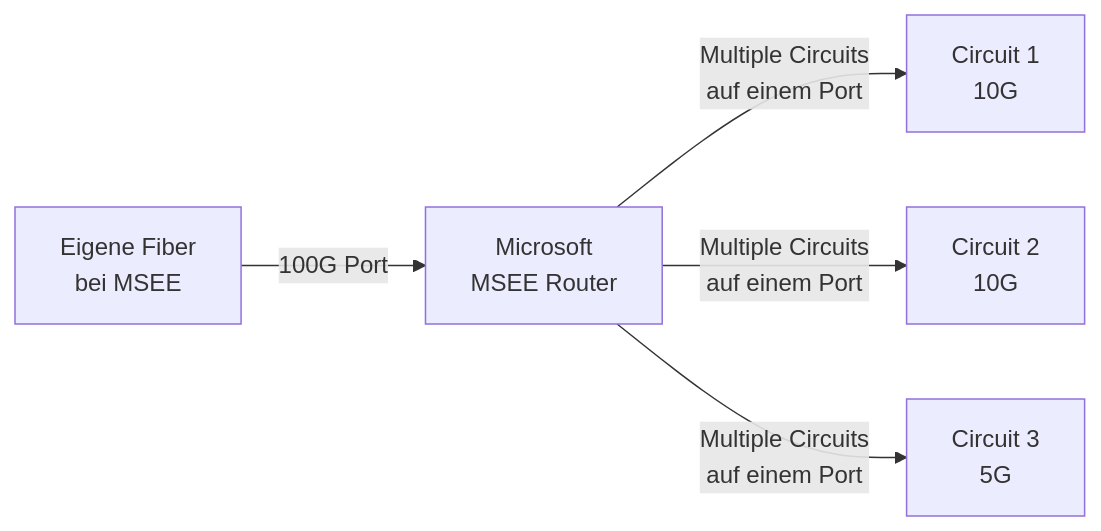
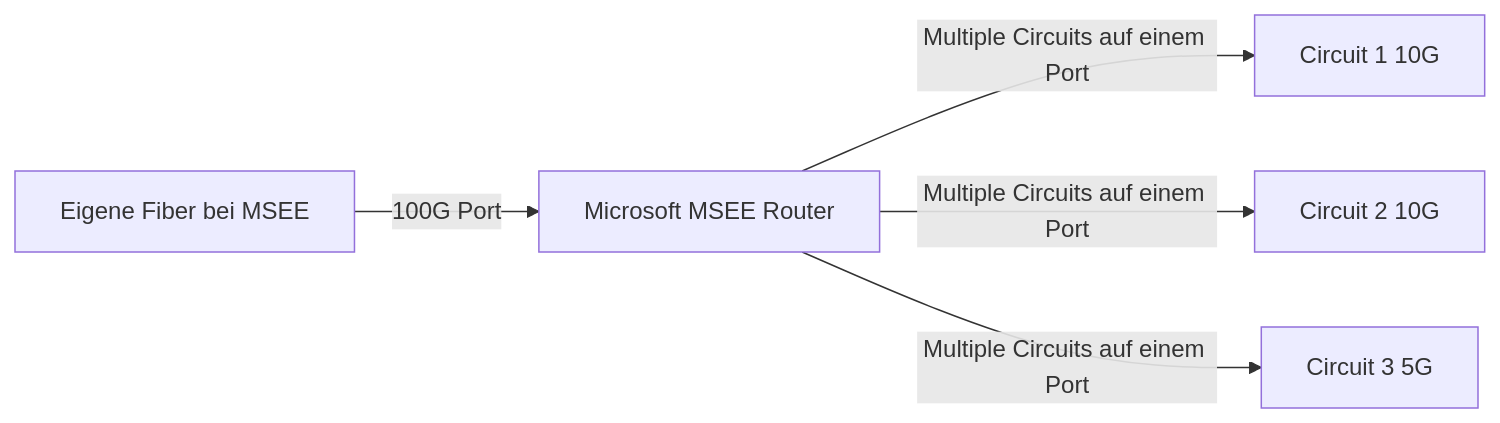
Before and after one commit to SoniiiT/notes-n-docs: the ninth of 13 diagrams in Microsoft 365/Azure/Netzwerk/Azure ExpressRoute.md, drawn with Mermaid. The commit also changed other lines of this file and 124 other files, not shown here.

First line of the commit message:
fix: Entferne \n aus allen Mermaid-Diagrammen (125 Dateien)

````diff
--- a/Microsoft 365/Azure/Netzwerk/Azure ExpressRoute.md
+++ b/Microsoft 365/Azure/Netzwerk/Azure ExpressRoute.md
@@ -210,5 +210,5 @@
 ```mermaid
 graph LR
-    CORP[Eigene Fiber\nbei MSEE] -->|100G Port| MSEE[Microsoft\nMSEE Router]
-    MSEE -->|Multiple Circuits\nauf einem Port| C1[Circuit 1\n10G] & C2[Circuit 2\n10G] & C3[Circuit 3\n5G]
+    CORP[Eigene Fiber bei MSEE] -->|100G Port| MSEE[Microsoft MSEE Router]
+    MSEE -->|Multiple Circuits auf einem Port| C1[Circuit 1 10G] & C2[Circuit 2 10G] & C3[Circuit 3 5G]
 ```
````
